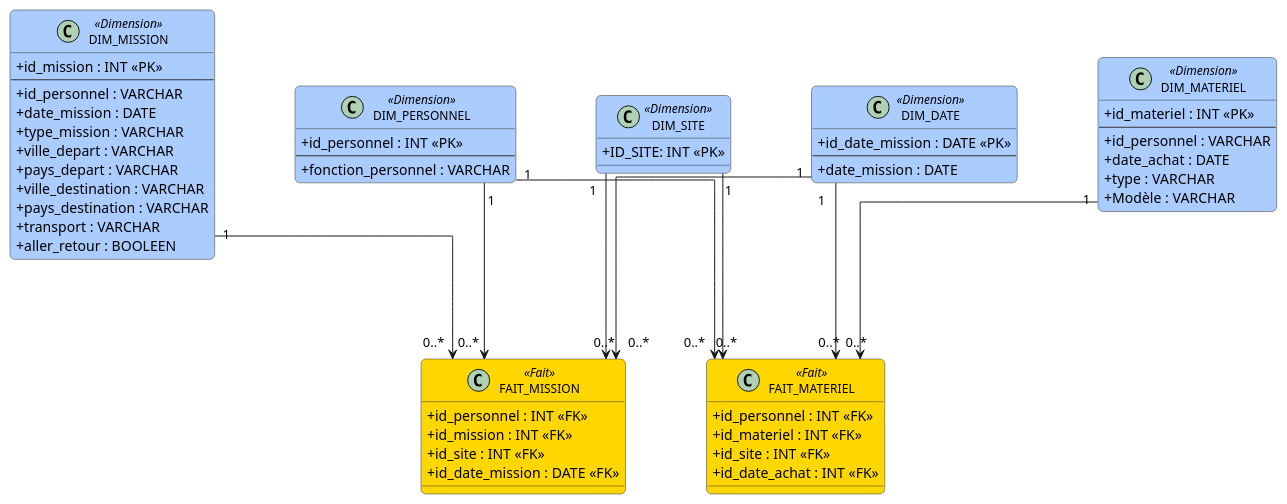
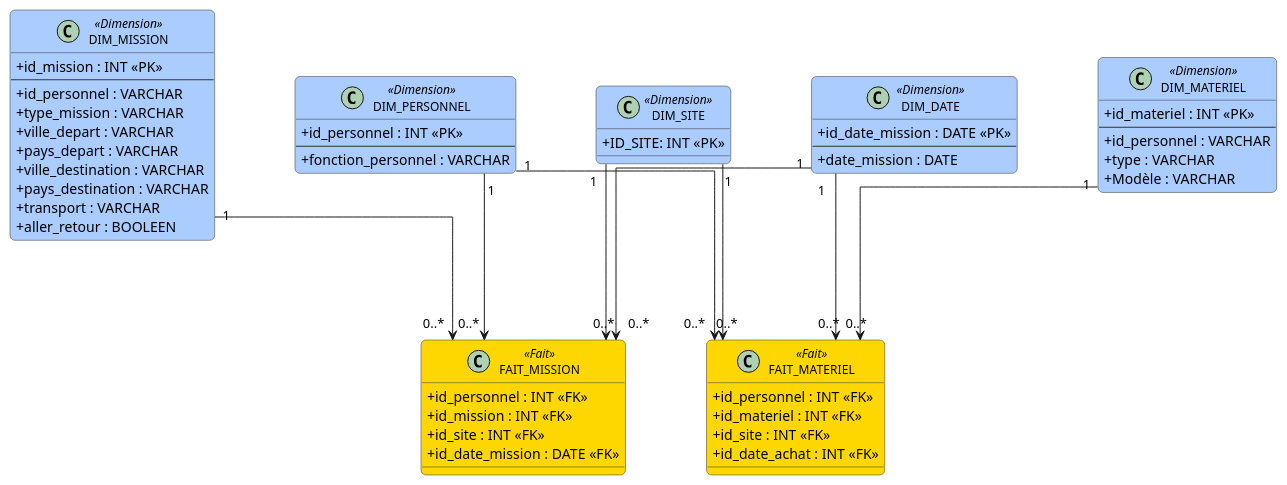
Before and after one commit to etiennevzn/GHG-inventory: the diagram in data.puml, drawn with PlantUML.

Commit message:
nettoyage de date_achat et maj du puml

```diff
--- a/data.puml
+++ b/data.puml
@@ -1,96 +1,94 @@
 @startuml ModeleDonnees
 
 skinparam classAttributeIconSize 0
 skinparam linetype ortho
 skinparam nodesep 80
 skinparam ranksep 100
 skinparam shadowing false
 skinparam roundCorner 10
 skinparam class {
   BackgroundColor<<Fait>> #FFD700
   BackgroundColor<<Dimension>> #AACCFF
   BorderColor #333333
   FontSize 12
 }
 
 ' ===== DIMENSIONS PARTAGÉES / HAUT =====
 class DIM_MISSION << Dimension >> {
   + id_mission : INT <<PK>>
   --
   + id_personnel : VARCHAR
-  + date_mission : DATE
   + type_mission : VARCHAR
   + ville_depart : VARCHAR
   + pays_depart : VARCHAR
   + ville_destination : VARCHAR
   + pays_destination : VARCHAR
   + transport : VARCHAR
   + aller_retour : BOOLEEN  
 }
 
 class DIM_MATERIEL << Dimension >> {
   + id_materiel : INT <<PK>>
   --
   + id_personnel : VARCHAR
-  + date_achat : DATE
   + type : VARCHAR
   + Modèle : VARCHAR
 }
 
 ' ===== DIMENSION CENTRALE PARTAGÉE =====
 class DIM_PERSONNEL << Dimension >> {
   + id_personnel : INT <<PK>>
   --
   + fonction_personnel : VARCHAR
 }
 
 class DIM_SITE << Dimension >> {
   + ID_SITE: INT <<PK>>
 }
 
 class DIM_DATE << Dimension >> {
   + id_date_mission : DATE <<PK>>
   --
   + date_mission : DATE
 }
 
 ' ===== TABLES DE FAITS =====
 class FAIT_MISSION << Fait >> {
   + id_personnel : INT <<FK>>
   + id_mission : INT <<FK>>
   + id_site : INT <<FK>>
   + id_date_mission : DATE <<FK>>
 }
 
 class FAIT_MATERIEL << Fait >> {
   + id_personnel : INT <<FK>>
   + id_materiel : INT <<FK>>
   + id_site : INT <<FK>>
   + id_date_achat : INT <<FK>>
 }
 
 ' ===== POSITIONNEMENT =====
 ' Ligne du haut : dimensions spécifiques
 DIM_MISSION  -[hidden]right- DIM_MATERIEL
 
 ' Faits côte à côte au milieu
 FAIT_MISSION -[hidden]right- FAIT_MATERIEL
 
 ' Ligne du bas : dimensions partagées
 DIM_PERSONNEL -[hidden]right- DIM_SITE
 
 ' ===== RELATIONS FAIT_MISSION =====
 DIM_MISSION       "1" --> "0..*" FAIT_MISSION
 DIM_PERSONNEL     "1" --> "0..*" FAIT_MISSION
 DIM_SITE          "1" --> "0..*" FAIT_MISSION
 DIM_DATE    "1" --> "0..*" FAIT_MISSION
 
 ' ===== RELATIONS FAIT_MATERIEL =====
 DIM_MATERIEL      "1" --> "0..*" FAIT_MATERIEL
 DIM_PERSONNEL     "1" --> "0..*" FAIT_MATERIEL
 DIM_SITE          "1" --> "0..*" FAIT_MATERIEL
 DIM_DATE  "1" --> "0..*" FAIT_MATERIEL
 
 
 
 @enduml
```
